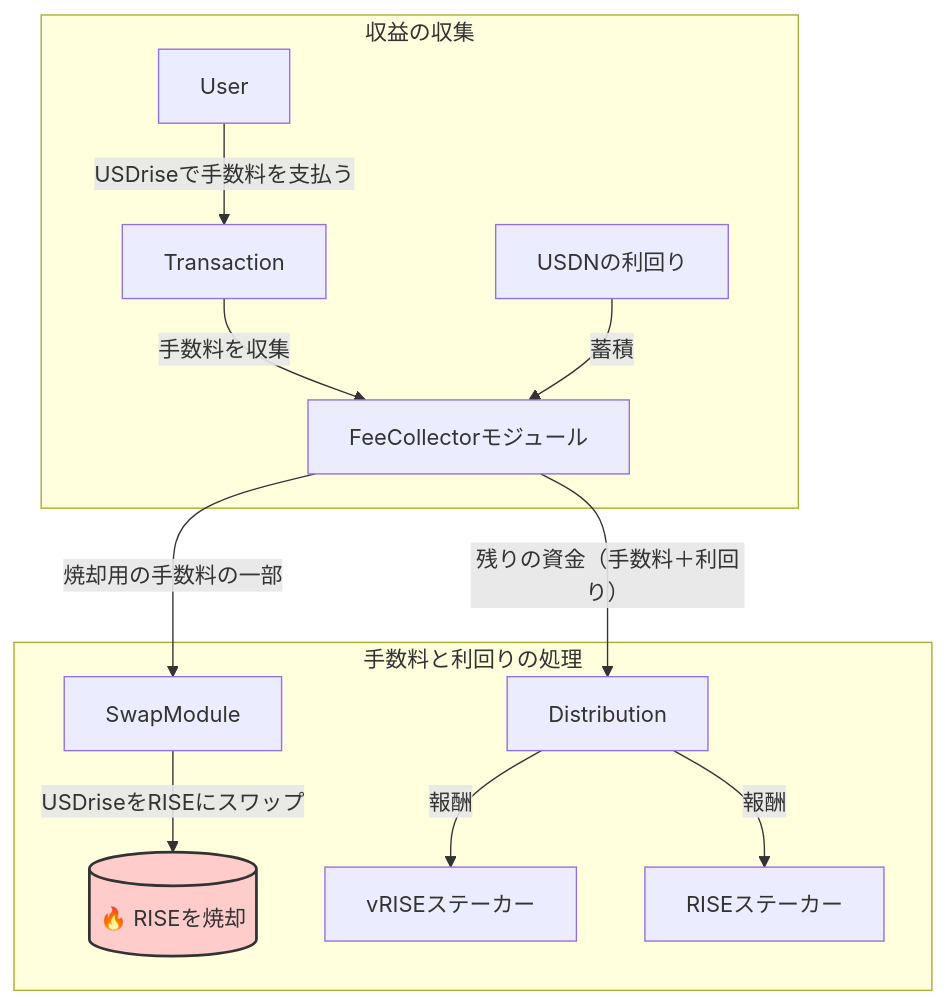
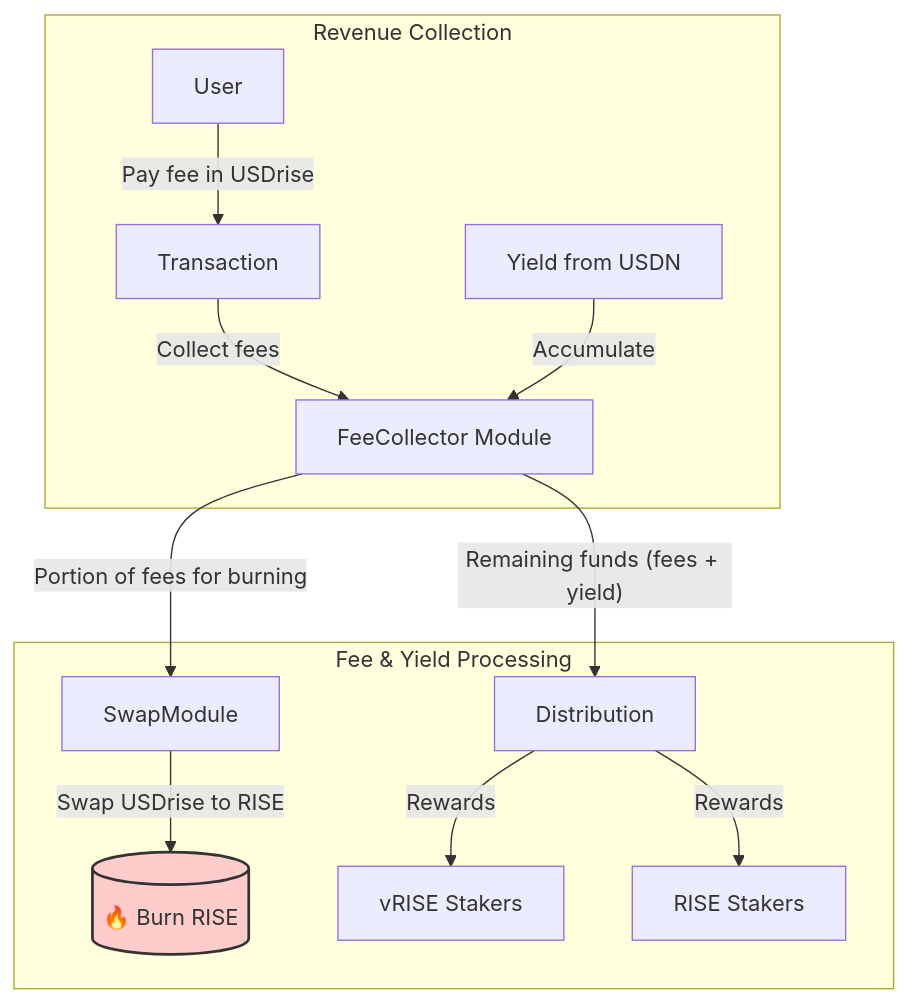
Before and after one commit to sunriselayer/gitbook: the diagram in ja/learn/usdrise.md, drawn with Mermaid. The commit also changed 19 other files, not shown here.

````diff
--- a/ja/learn/usdrise.md
+++ b/ja/learn/usdrise.md
@@ -25,18 +25,18 @@
 ```mermaid
 graph TD;
-    subgraph 収益の収集
-        User -- "USDriseで手数料を支払う" --> Transaction;
-        Transaction -- "手数料を収集" --> FeeCollector["FeeCollectorモジュール"];
-        USDN_Yield["USDNの利回り"] -- "蓄積" --> FeeCollector;
+    subgraph "Revenue Collection"
+        User -- "Pay fee in USDrise" --> Transaction;
+        Transaction -- "Collect fees" --> FeeCollector["FeeCollector Module"];
+        USDN_Yield["Yield from USDN"] -- "Accumulate" --> FeeCollector;
     end
 
-    subgraph 手数料と利回りの処理
-        FeeCollector -- "焼却用の手数料の一部" --> SwapModule;
-        SwapModule -- "USDriseをRISEにスワップ" --> Burn[("🔥 RISEを焼却")];
-        FeeCollector -- "残りの資金（手数料＋利回り）" --> Distribution;
-        Distribution -- "報酬" --> vRISE_Stakers["vRISEステーカー"];
-        Distribution -- "報酬" --> RISE_Stakers["RISEステーカー"];
+    subgraph "Fee & Yield Processing"
+        FeeCollector -- "Portion of fees for burning" --> SwapModule;
+        SwapModule -- "Swap USDrise to RISE" --> Burn[("🔥 Burn RISE")];
+        FeeCollector -- "Remaining funds (fees + yield)" --> Distribution;
+        Distribution -- "Rewards" --> vRISE_Stakers["vRISE Stakers"];
+        Distribution -- "Rewards" --> RISE_Stakers["RISE Stakers"];
     end
 
     style Burn fill:#ffcccc,stroke:#333,stroke-width:2px
 ```
````
